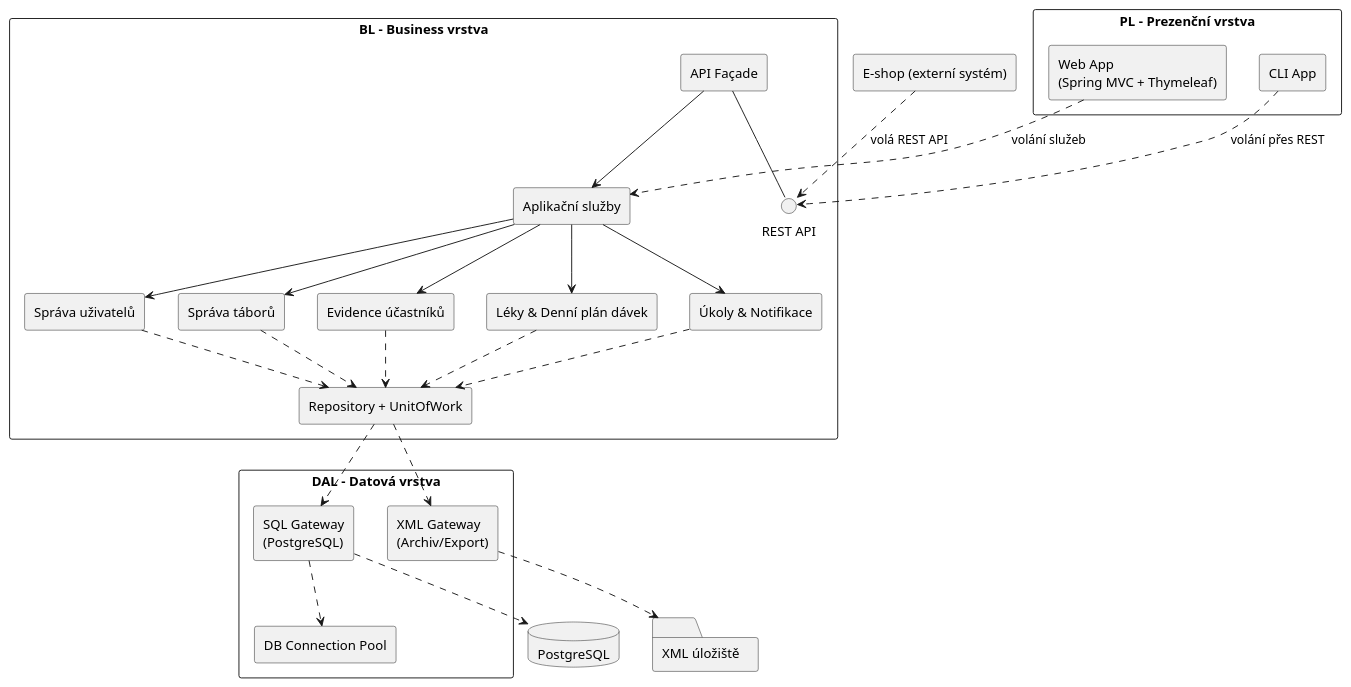
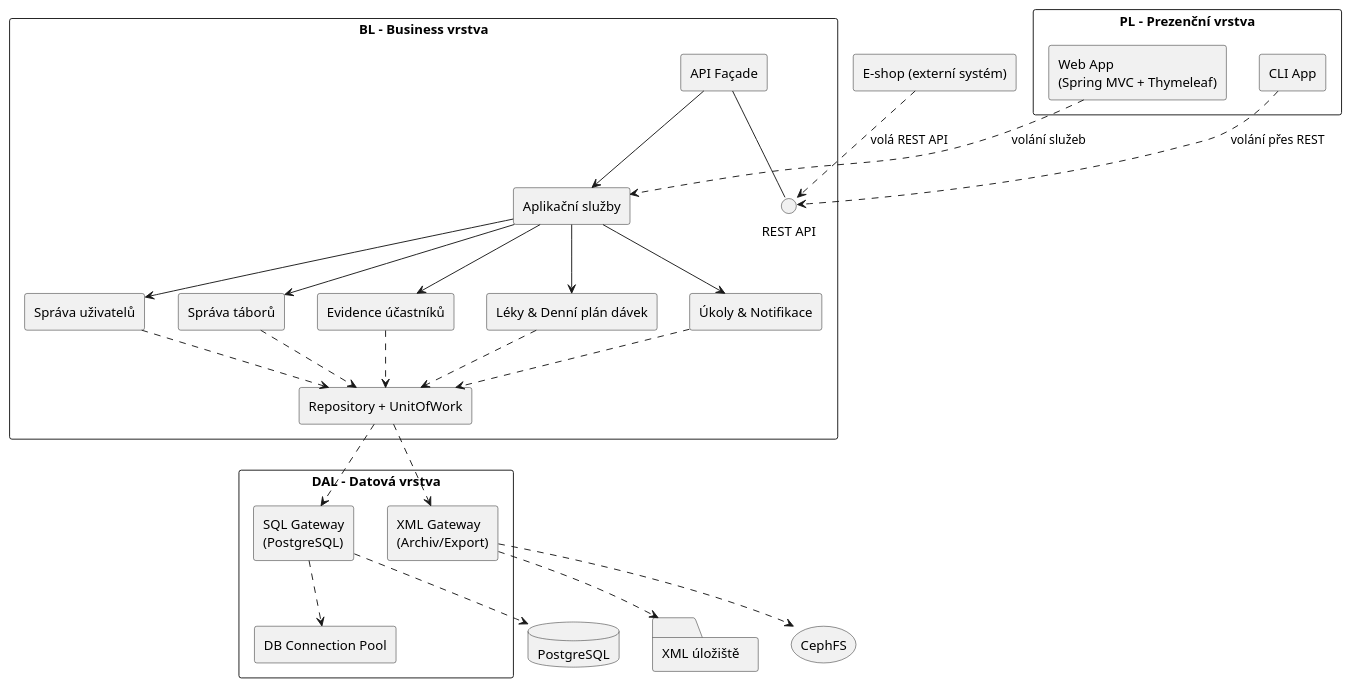
One commit to matesssaks/vsb_VIS changed the diagram in docs/Components.puml. Above: the diagram before and after it, drawn with PlantUML.

Commit message:
componenent: added cephfs

```diff
--- a/docs/Components.puml
+++ b/docs/Components.puml
@@ -1,59 +1,61 @@
 @startuml
 skinparam componentStyle rectangle
 skinparam packageStyle rectangle
 
 package "PL – Prezenční vrstva" {
   [Web App\n(Spring MVC + Thymeleaf)] as WebApp
   [CLI App] as CLI
 }
 
 package "BL – Business vrstva" {
   interface "REST API" as IApi
   [API Façade] as ApiFacade
   [Aplikační služby] as AppServices
   [Správa uživatelů] as Users
   [Správa táborů] as Camps
   [Evidence účastníků] as Participants
   [Léky & Denní plán dávek] as Drugs
   [Úkoly & Notifikace] as Tasks
   [Repository + UnitOfWork] as RepoUoW
 }
 
 package "DAL – Datová vrstva" {
   [SQL Gateway\n(PostgreSQL)] as SqlGw
   [XML Gateway\n(Archiv/Export)] as XmlGw
   [DB Connection Pool] as Conn
 }
 
 database "PostgreSQL" as Pg
 folder "XML úložiště" as XmlStore
+storage "CephFS" as CephFS
 rectangle "E-shop (externí systém)" as Eshop
 
 ' --- poskytované/požadované rozhraní ---
 ApiFacade -- IApi
 Eshop ..> IApi : volá REST API
 
 WebApp ..> AppServices : volání služeb
 CLI ..> IApi : volání přes REST
 
 AppServices --> Users
 AppServices --> Camps
 AppServices --> Participants
 AppServices --> Drugs
 AppServices --> Tasks
 
 ' Repozitáře/UoW v BL používají DAL Gateways
 Users ..> RepoUoW
 Camps ..> RepoUoW
 Participants ..> RepoUoW
 Drugs ..> RepoUoW
 Tasks ..> RepoUoW
 
 RepoUoW ..> SqlGw
 RepoUoW ..> XmlGw
 SqlGw ..> Conn
 SqlGw ..> Pg
 XmlGw ..> XmlStore
+XmlGw ..> CephFS
 
 ApiFacade --> AppServices
 @enduml
```
